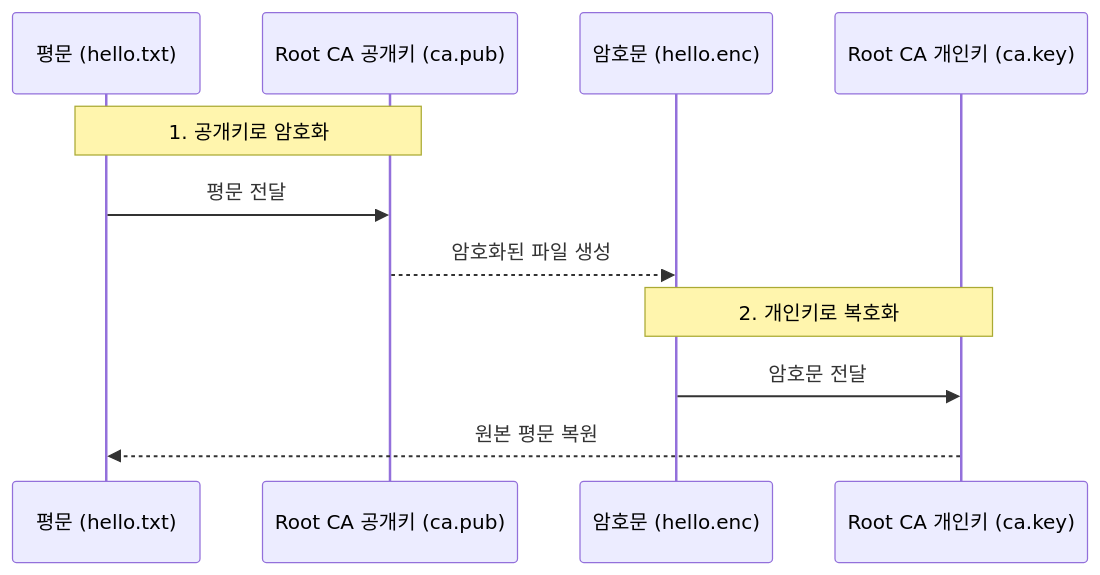
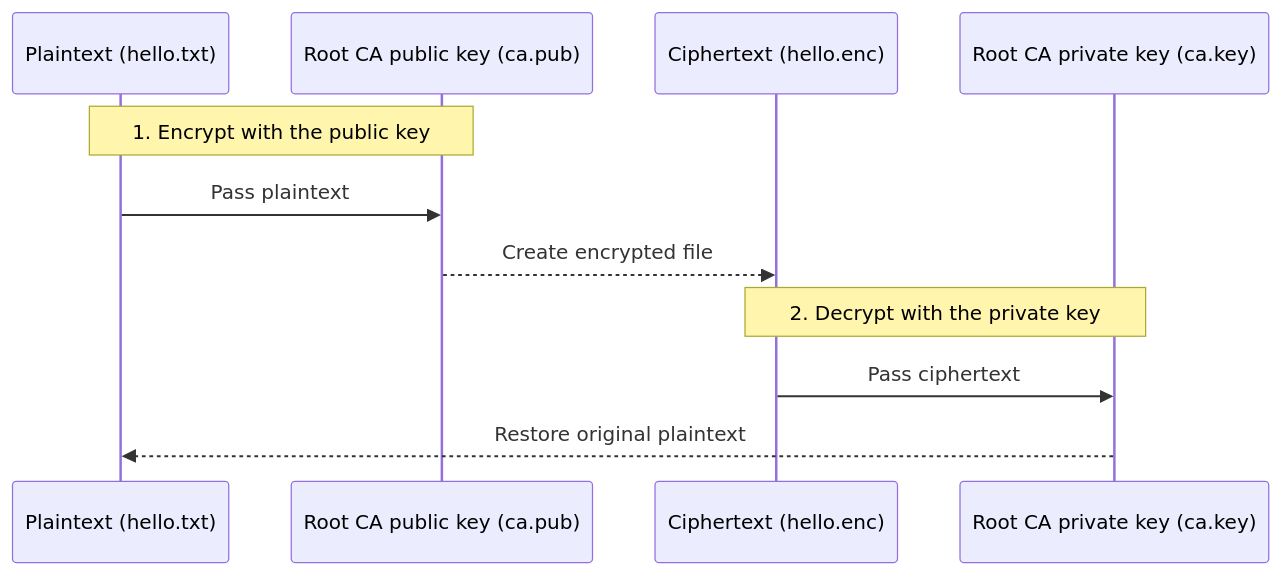
The diagram in content/security/03-operation/27-inspect-cert-info-2.md (jeonck/k8s-adv), drawn with Mermaid before and after one commit. The commit also changed other lines of this file and 223 other files, not shown here.

````diff
--- a/content/security/03-operation/27-inspect-cert-info-2.md
+++ b/content/security/03-operation/27-inspect-cert-info-2.md
@@ -26,15 +26,15 @@
 ```mermaid
 sequenceDiagram
-    participant P as 평문 (hello.txt)
-    participant K as Root CA 공개키 (ca.pub)
-    participant E as 암호문 (hello.enc)
-    participant SK as Root CA 개인키 (ca.key)
+    participant P as Plaintext (hello.txt)
+    participant K as Root CA public key (ca.pub)
+    participant E as Ciphertext (hello.enc)
+    participant SK as Root CA private key (ca.key)
 
-    Note over P,K: 1. 공개키로 암호화
-    P->>K: 평문 전달
-    K-->>E: 암호화된 파일 생성
+    Note over P,K: 1. Encrypt with the public key
+    P->>K: Pass plaintext
+    K-->>E: Create encrypted file
     
-    Note over E,SK: 2. 개인키로 복호화
-    E->>SK: 암호문 전달
-    SK-->>P: 원본 평문 복원
+    Note over E,SK: 2. Decrypt with the private key
+    E->>SK: Pass ciphertext
+    SK-->>P: Restore original plaintext
 ```
````
